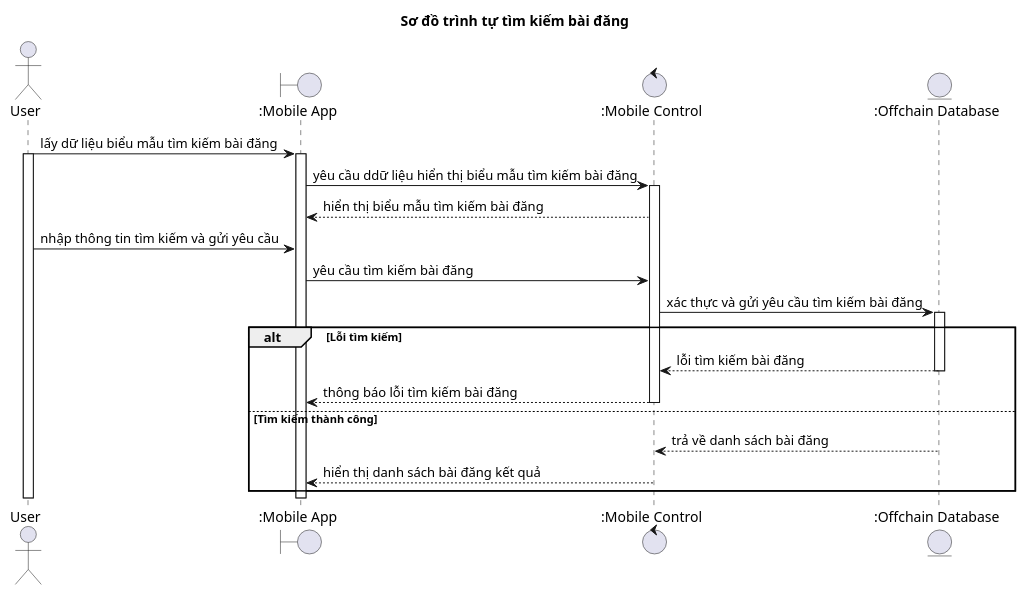
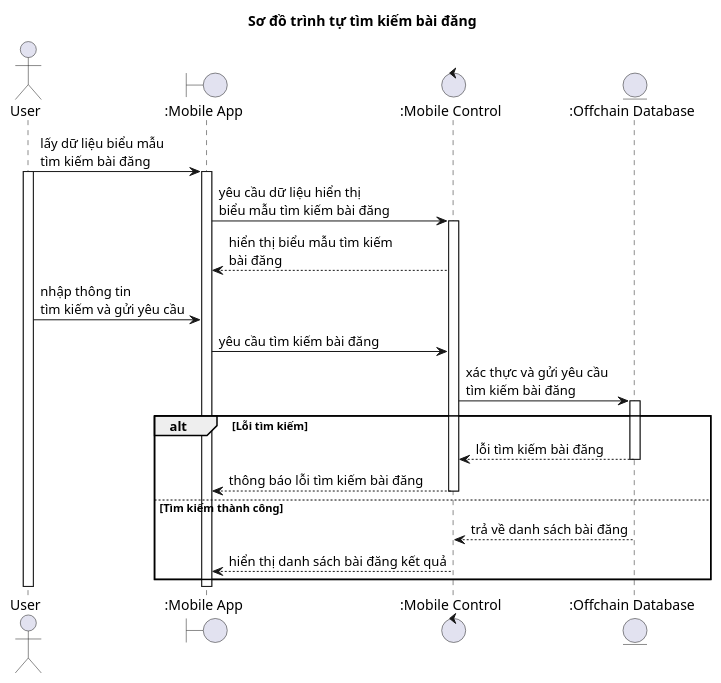
The diagram in diagrams/sequences/guest/timkiembaidang.puml (nho-moi-so/quan-ly-tim-kiem-phong-tro), drawn with PlantUML before and after one commit. The commit also changed 19 other files, not shown here.

Commit message:
feat: initialize architecture diagrams and implement owner profile and feature structures

```diff
--- a/diagrams/sequences/guest/timkiembaidang.puml
+++ b/diagrams/sequences/guest/timkiembaidang.puml
@@ -1,34 +1,34 @@
 @startuml timkiembaidang-sequence-diagram
 title "Sơ đồ trình tự tìm kiếm bài đăng"
 actor User as User
 boundary ":Mobile App" as MobileApp
 control ":Mobile Control" as MobileControl
 entity ":Offchain Database" as OffchainDatabase
 
-User -> MobileApp: lấy dữ liệu biểu mẫu tìm kiếm bài đăng
+User -> MobileApp: lấy dữ liệu biểu mẫu \ntìm kiếm bài đăng
 activate User
 activate MobileApp
-MobileApp -> MobileControl: yêu cầu ddữ liệu hiển thị biểu mẫu tìm kiếm bài đăng
+MobileApp -> MobileControl: yêu cầu dữ liệu hiển thị \nbiểu mẫu tìm kiếm bài đăng
 activate MobileControl
-MobileControl --> MobileApp: hiển thị biểu mẫu tìm kiếm bài đăng
+MobileControl --> MobileApp: hiển thị biểu mẫu tìm kiếm \nbài đăng
 
-User -> MobileApp: nhập thông tin tìm kiếm và gửi yêu cầu
+User -> MobileApp: nhập thông tin \ntìm kiếm và gửi yêu cầu
 MobileApp -> MobileControl: yêu cầu tìm kiếm bài đăng
-MobileControl -> OffchainDatabase: xác thực và gửi yêu cầu tìm kiếm bài đăng
+MobileControl -> OffchainDatabase: xác thực và gửi yêu cầu \ntìm kiếm bài đăng
 activate OffchainDatabase
 'trường hợp thành công
     alt Lỗi tìm kiếm
         OffchainDatabase --> MobileControl: lỗi tìm kiếm bài đăng
         deactivate OffchainDatabase
         MobileControl --> MobileApp: thông báo lỗi tìm kiếm bài đăng
         deactivate MobileControl
     else Tìm kiếm thành công
         OffchainDatabase --> MobileControl: trả về danh sách bài đăng
         deactivate OffchainDatabase
         MobileControl --> MobileApp: hiển thị danh sách bài đăng kết quả
         deactivate MobileControl
     end
     deactivate MobileApp
     deactivate User
 
 @enduml
```
